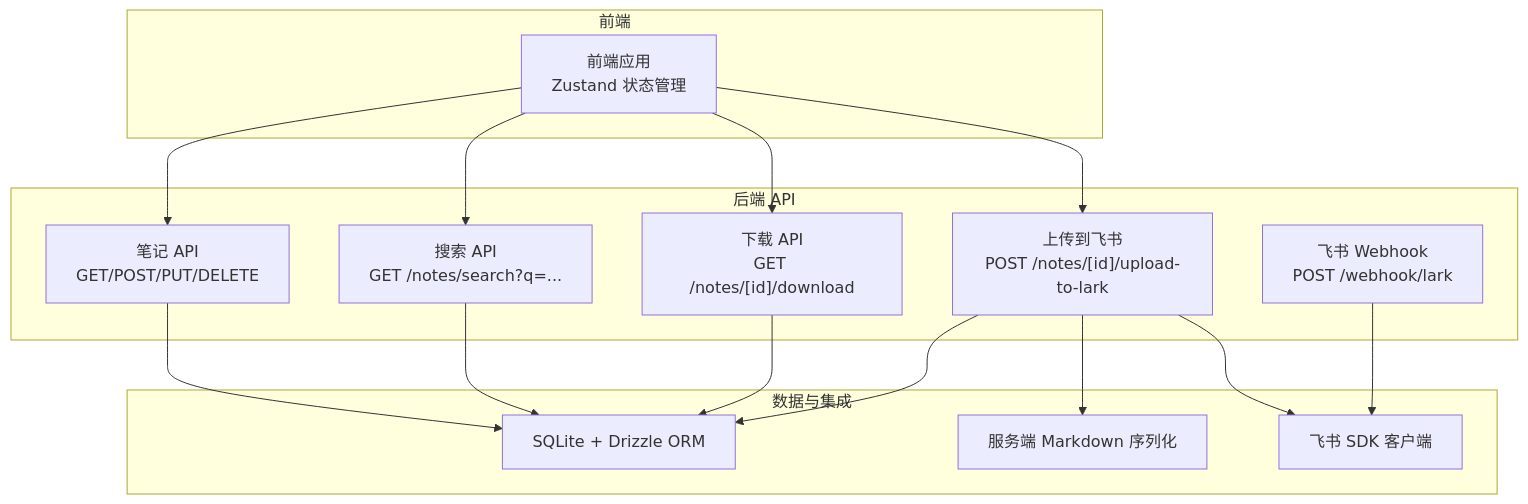
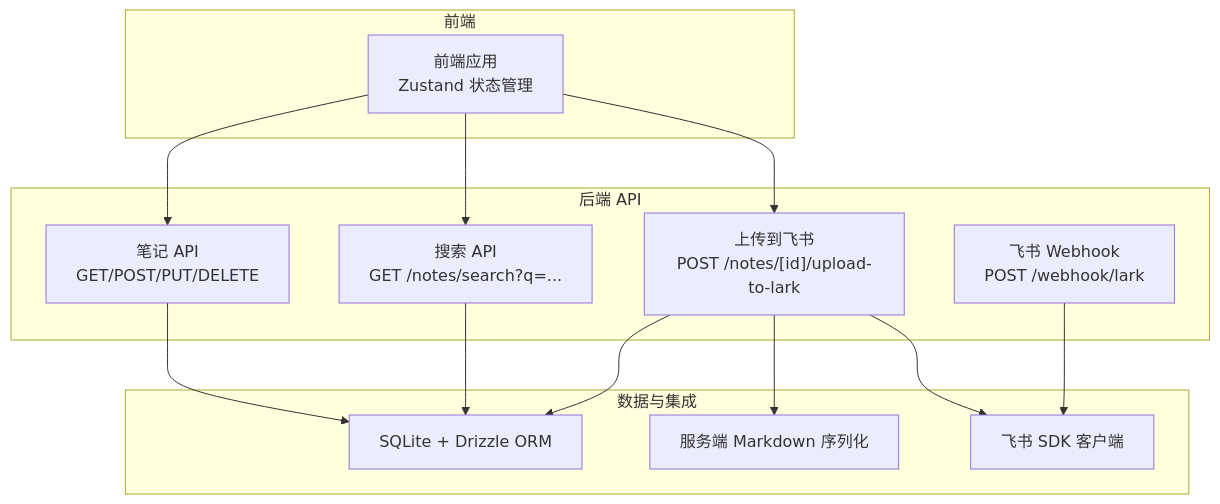
Before and after one commit to BlackBoxRecorder/uninote: the first of 8 diagrams in .qoder/repowiki/zh/content/API 接口文档/笔记 API/笔记 API.md, drawn with Mermaid. The commit also changed other lines of this file and 7 other files, not shown here.

````diff
--- a/.qoder/repowiki/zh/content/API 接口文档/笔记 API/笔记 API.md
+++ b/.qoder/repowiki/zh/content/API 接口文档/笔记 API/笔记 API.md
@@ -48,29 +53,26 @@
 ```mermaid
 graph TB
 subgraph "前端"
 FE["前端应用<br/>Zustand 状态管理"]
 end
 subgraph "后端 API"
 NotesAPI["笔记 API<br/>GET/POST/PUT/DELETE"]
 SearchAPI["搜索 API<br/>GET /notes/search?q=..."]
-DownloadAPI["下载 API<br/>GET /notes/[id]/download"]
 LarkUploadAPI["上传到飞书<br/>POST /notes/[id]/upload-to-lark"]
 LarkWebhook["飞书 Webhook<br/>POST /webhook/lark"]
 end
 subgraph "数据与集成"
 DB["SQLite + Drizzle ORM"]
 LarkSDK["飞书 SDK 客户端"]
 MarkdownSer["服务端 Markdown 序列化"]
 end
 FE --> NotesAPI
 FE --> SearchAPI
-FE --> DownloadAPI
 FE --> LarkUploadAPI
 LarkWebhook --> LarkSDK
 NotesAPI --> DB
 SearchAPI --> DB
-DownloadAPI --> DB
 LarkUploadAPI --> DB
 LarkUploadAPI --> MarkdownSer
 LarkUploadAPI --> LarkSDK
 ```
````
